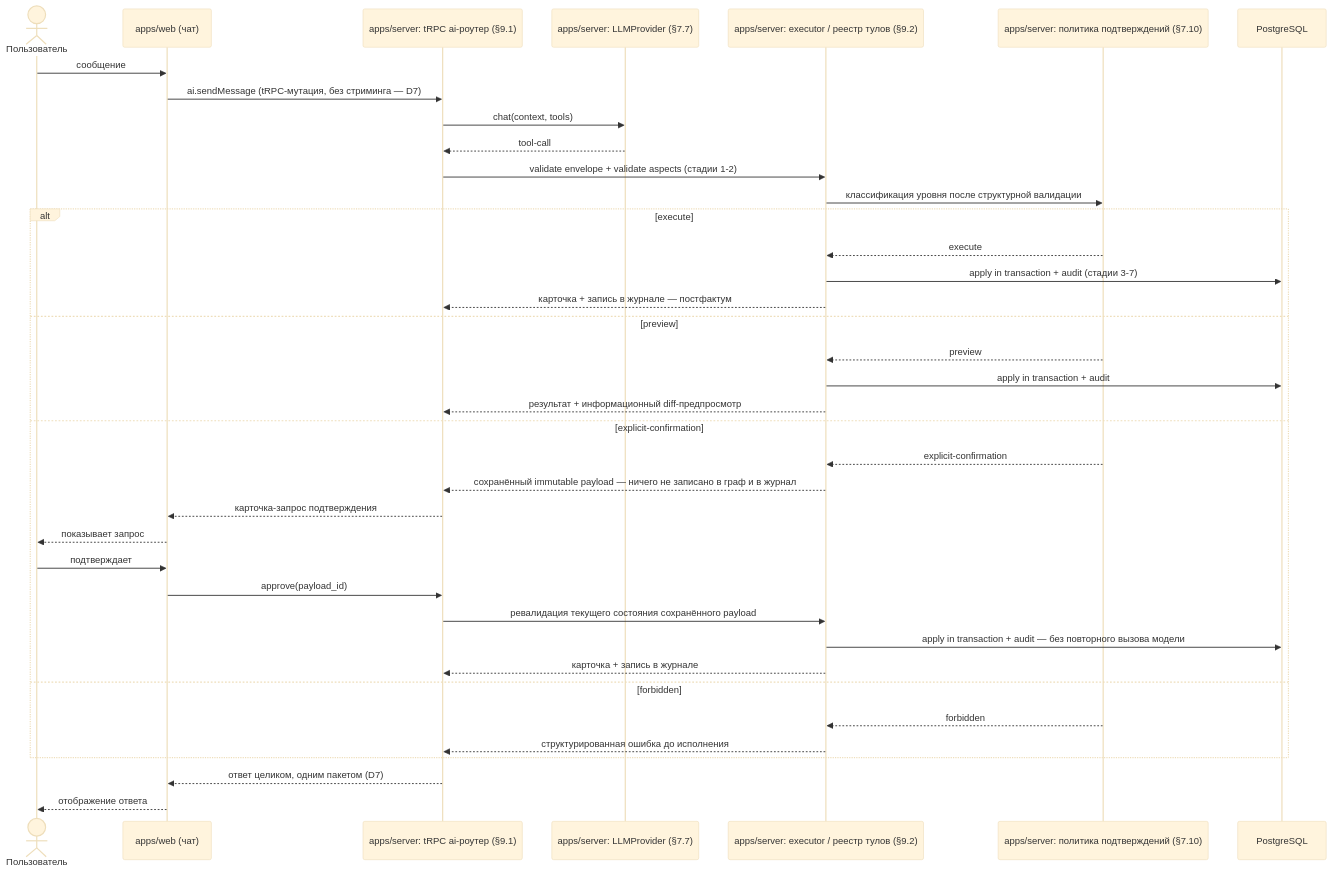
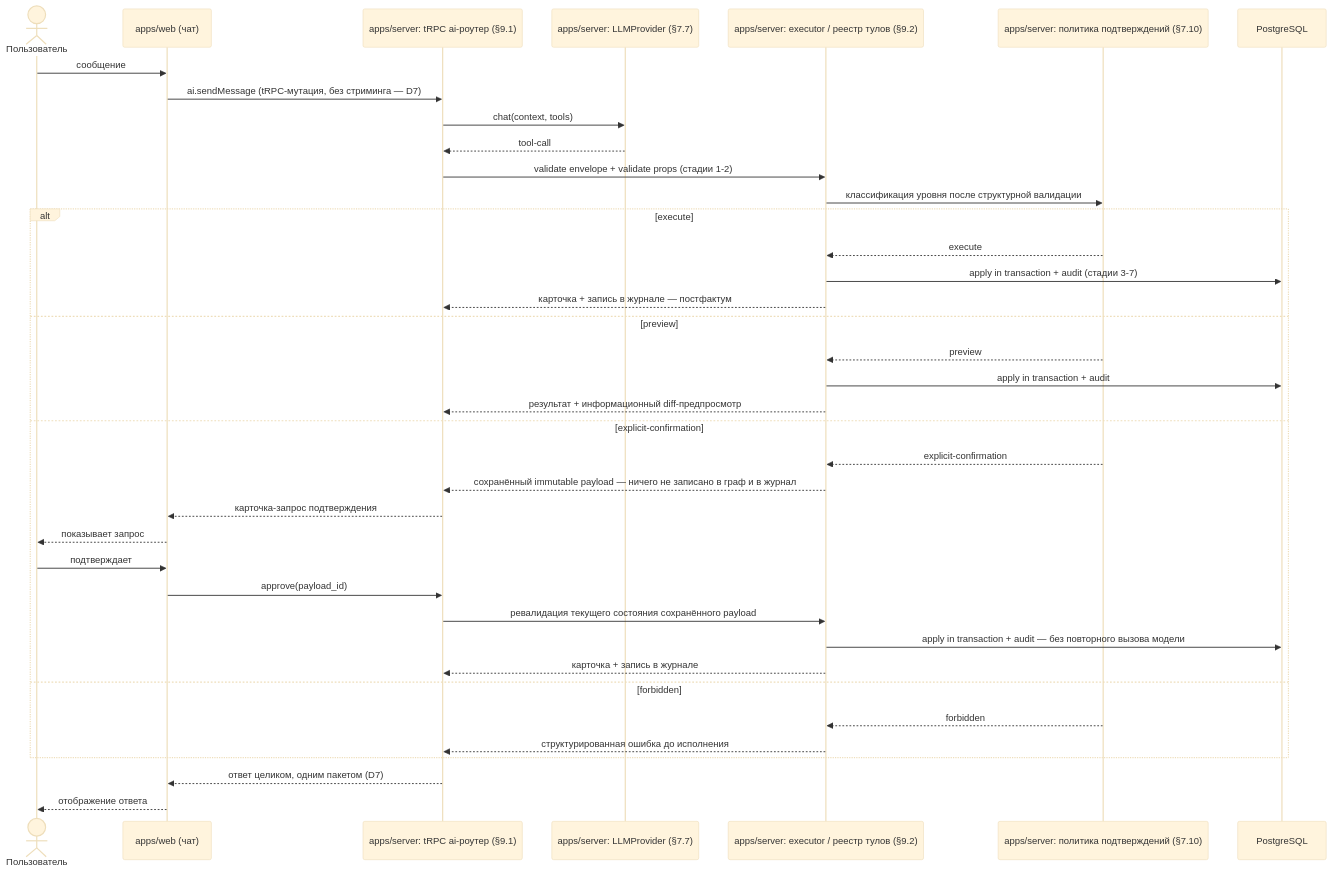
The fifth of 8 diagrams in docs/implementation/00-architecture.md (qvenge/orbis), drawn with Mermaid (base theme) before and after one commit. The commit also changed other lines of this file and 15 other files, not shown here.

````diff
--- a/docs/implementation/00-architecture.md
+++ b/docs/implementation/00-architecture.md
@@ -205,43 +218,43 @@
 ```mermaid
 sequenceDiagram
     actor User as Пользователь
     participant Web as apps/web (чат)
     participant TRPC as apps/server: tRPC ai-роутер (§9.1)
     participant LLM as apps/server: LLMProvider (§7.7)
     participant Executor as apps/server: executor / реестр тулов (§9.2)
     participant Policy as apps/server: политика подтверждений (§7.10)
     participant DB as PostgreSQL
 
     User->>Web: сообщение
     Web->>TRPC: ai.sendMessage (tRPC-мутация, без стриминга — D7)
     TRPC->>LLM: chat(context, tools)
     LLM-->>TRPC: tool-call
-    TRPC->>Executor: validate envelope + validate aspects (стадии 1-2)
+    TRPC->>Executor: validate envelope + validate props (стадии 1-2)
     Executor->>Policy: классификация уровня после структурной валидации
 
     alt execute
         Policy-->>Executor: execute
         Executor->>DB: apply in transaction + audit (стадии 3-7)
         Executor-->>TRPC: карточка + запись в журнале — постфактум
     else preview
         Policy-->>Executor: preview
         Executor->>DB: apply in transaction + audit
         Executor-->>TRPC: результат + информационный diff-предпросмотр
     else explicit-confirmation
         Policy-->>Executor: explicit-confirmation
         Executor-->>TRPC: сохранённый immutable payload — ничего не записано в граф и в журнал
         TRPC-->>Web: карточка-запрос подтверждения
         Web-->>User: показывает запрос
         User->>Web: подтверждает
         Web->>TRPC: approve(payload_id)
         TRPC->>Executor: ревалидация текущего состояния сохранённого payload
         Executor->>DB: apply in transaction + audit — без повторного вызова модели
         Executor-->>TRPC: карточка + запись в журнале
     else forbidden
         Policy-->>Executor: forbidden
         Executor-->>TRPC: структурированная ошибка до исполнения
     end
 
     TRPC-->>Web: ответ целиком, одним пакетом (D7)
     Web-->>User: отображение ответа
 ```
````
